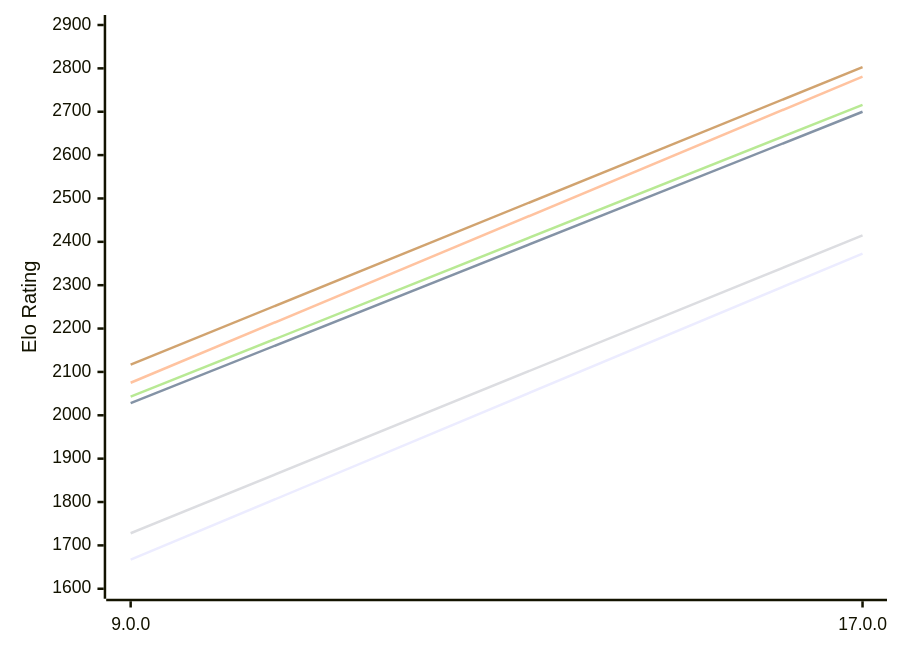
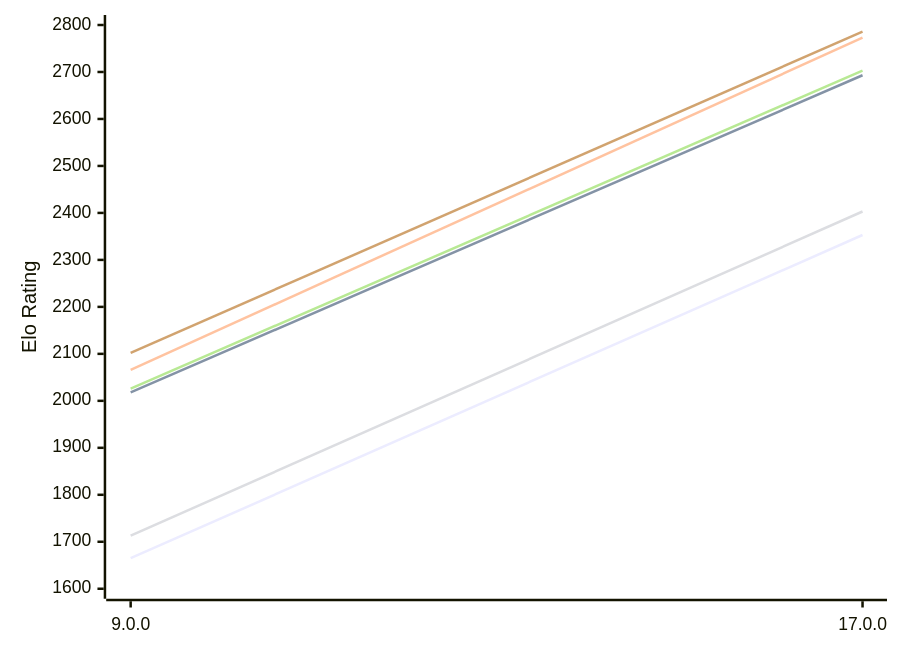
Before and after one commit to computer-chess-index/cci: the first of 2 diagrams in engines/Cepimetheus.md, drawn with Mermaid. The commit also changed other lines of this file, not shown here.

Commit message:
Update CCI Ratings (ELO VLTC) - 2026-11-02

````diff
--- a/engines/Cepimetheus.md
+++ b/engines/Cepimetheus.md
@@ -62,12 +62,12 @@
 ```mermaid
 %%{init: {"theme":"base","themeVariables":{"seriesColors:['#a3a3a3','#222221','#faa371']}}}%%
 xychart-beta
   x-axis ["9.0.0", "17.0.0"]
-  y-axis "Elo Rating" 1600 --> 2900
-  line "E1: STC (8.0+0.08s)" [1667, 2373]
-  line "E1: LTC (60.0+0.60s)" [2028, 2700]
-  line "E1: VLTC (2m24s+1.12s)" [2075, 2781]
-  line "P1: STC (8.0+0.08s)" [1728, 2415]
-  line "P1: LTC (60.0+0.60s)" [2043, 2716]
-  line "P1: VLTC (2m24s+1.12s)" [2117, 2803]
+  y-axis "Elo Rating" 1600 --> 2800
+  line "E1: STC (8.0+0.08s)" [1665, 2353]
+  line "E1: LTC (60.0+0.60s)" [2018, 2693]
+  line "E1: VLTC (2m24s+1.12s)" [2066, 2773]
+  line "P1: STC (8.0+0.08s)" [1713, 2403]
+  line "P1: LTC (60.0+0.60s)" [2026, 2703]
+  line "P1: VLTC (2m24s+1.12s)" [2102, 2786]
 ```
````
